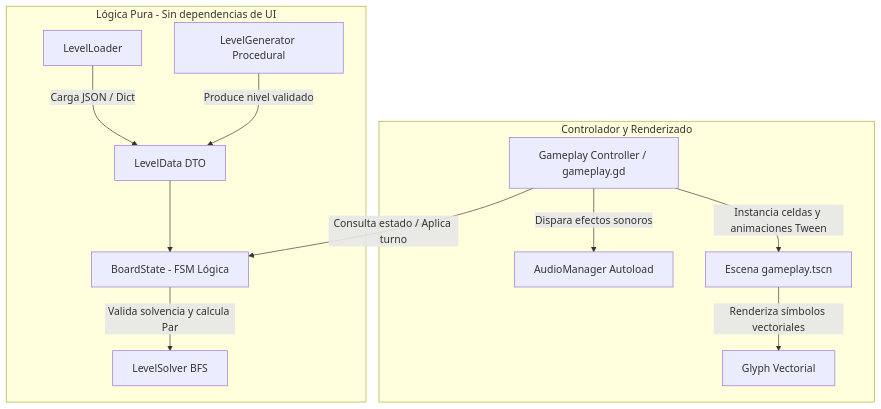
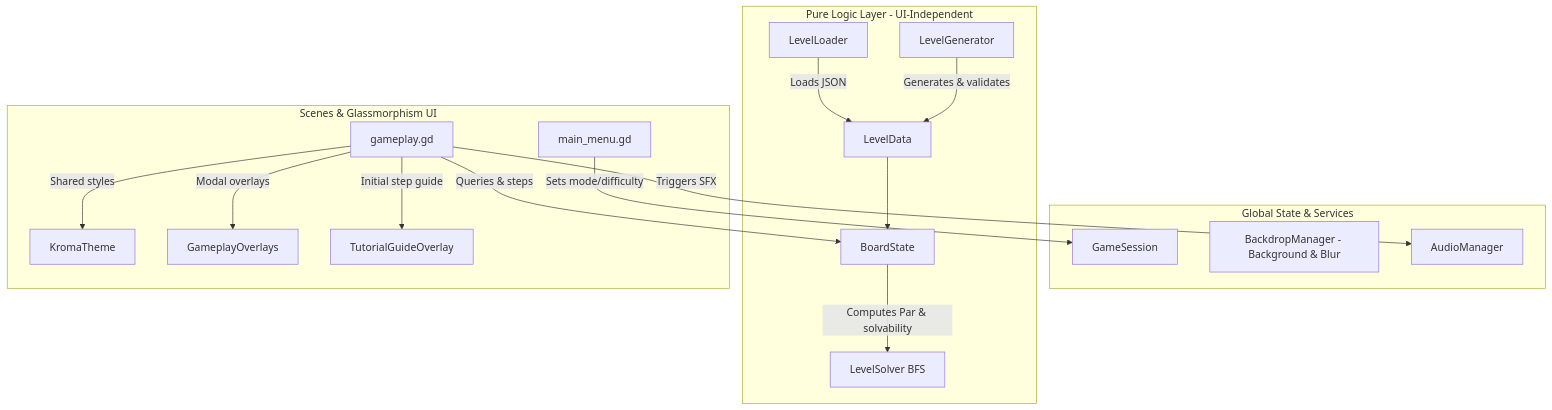
One commit to Cvelazquez3/Kroma changed the diagram in README.md. Above: the diagram before and after it, drawn with Mermaid. The commit also changed other lines of this file and 30 other files, not shown here.

Commit message:
feat(v2.0): menu principal, dificultad procedural, racha perfecta, controles tactiles y estetica glassmorphism

````diff
--- a/README.md
+++ b/README.md
@@ -111,17 +108,24 @@
 ```mermaid
 flowchart TD
-	subgraph Capa_Logica [Lógica Pura - Sin dependencias de UI]
-		LL[LevelLoader] -->|Carga JSON / Dict| LD[LevelData DTO]
-		LD --> BS[BoardState - FSM Lógica]
-		BS -->|Valida solvencia y calcula Par| LS[LevelSolver BFS]
-		LG[LevelGenerator Procedural] -->|Produce nivel validado| LD
+	subgraph Autoloads [Global State & Services]
+		GS[GameSession]
+		BM[BackdropManager - Background & Blur]
+		AM[AudioManager]
 	end
 
-	subgraph Capa_Control_Vista [Controlador y Renderizado]
-		GP[Gameplay Controller / gameplay.gd]
-		GP -->|Consulta estado / Aplica turno| BS
-		GP -->|Dispara efectos sonoros| AM[AudioManager Autoload]
-		GP -->|Instancia celdas y animaciones Tween| SC[Escena gameplay.tscn]
-		SC -->|Renderiza símbolos vectoriales| GL[Glyph Vectorial]
+	subgraph Pure_Logic [Pure Logic Layer - UI-Independent]
+		LL[LevelLoader] -->|Loads JSON| LD[LevelData]
+		LG[LevelGenerator] -->|Generates & validates| LD
+		LD --> BS[BoardState]
+		BS -->|Computes Par & solvability| LS[LevelSolver BFS]
+	end
+
+	subgraph View_Control [Scenes & Glassmorphism UI]
+		MM[main_menu.gd] -->|Sets mode/difficulty| GS
+		GP[gameplay.gd] -->|Queries & steps| BS
+		GP -->|Shared styles| KT[KromaTheme]
+		GP -->|Modal overlays| GO[GameplayOverlays]
+		GP -->|Initial step guide| TG[TutorialGuideOverlay]
+		GP -->|Triggers SFX| AM
 	end
 ```
````
